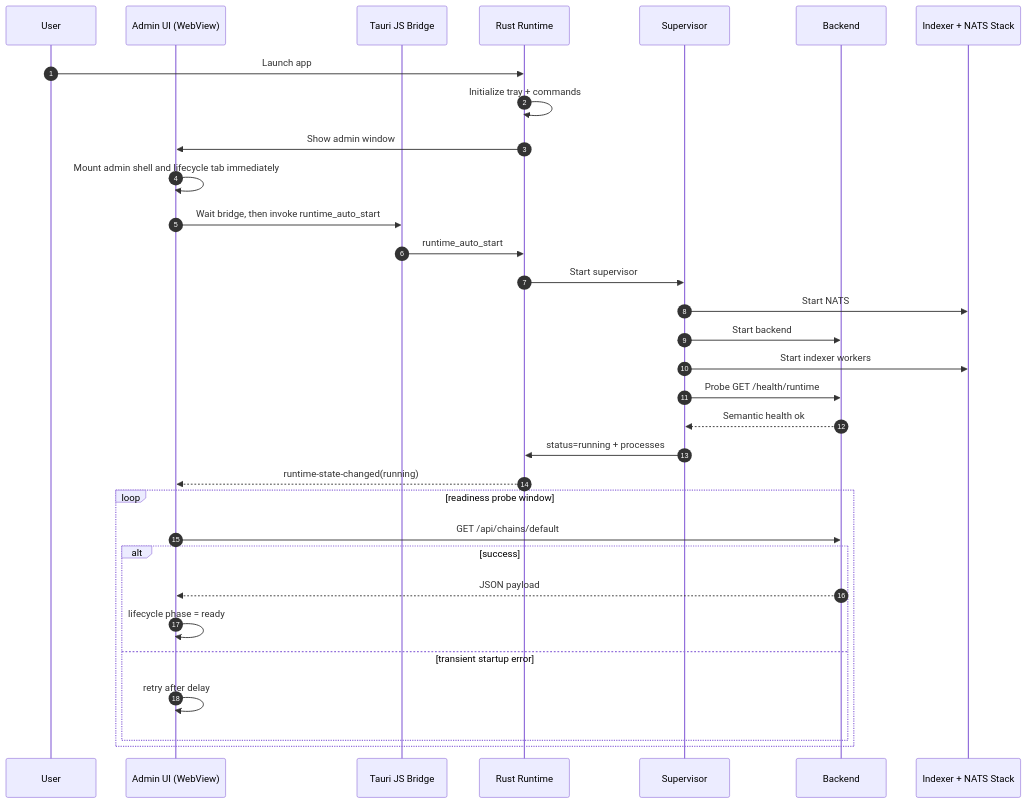
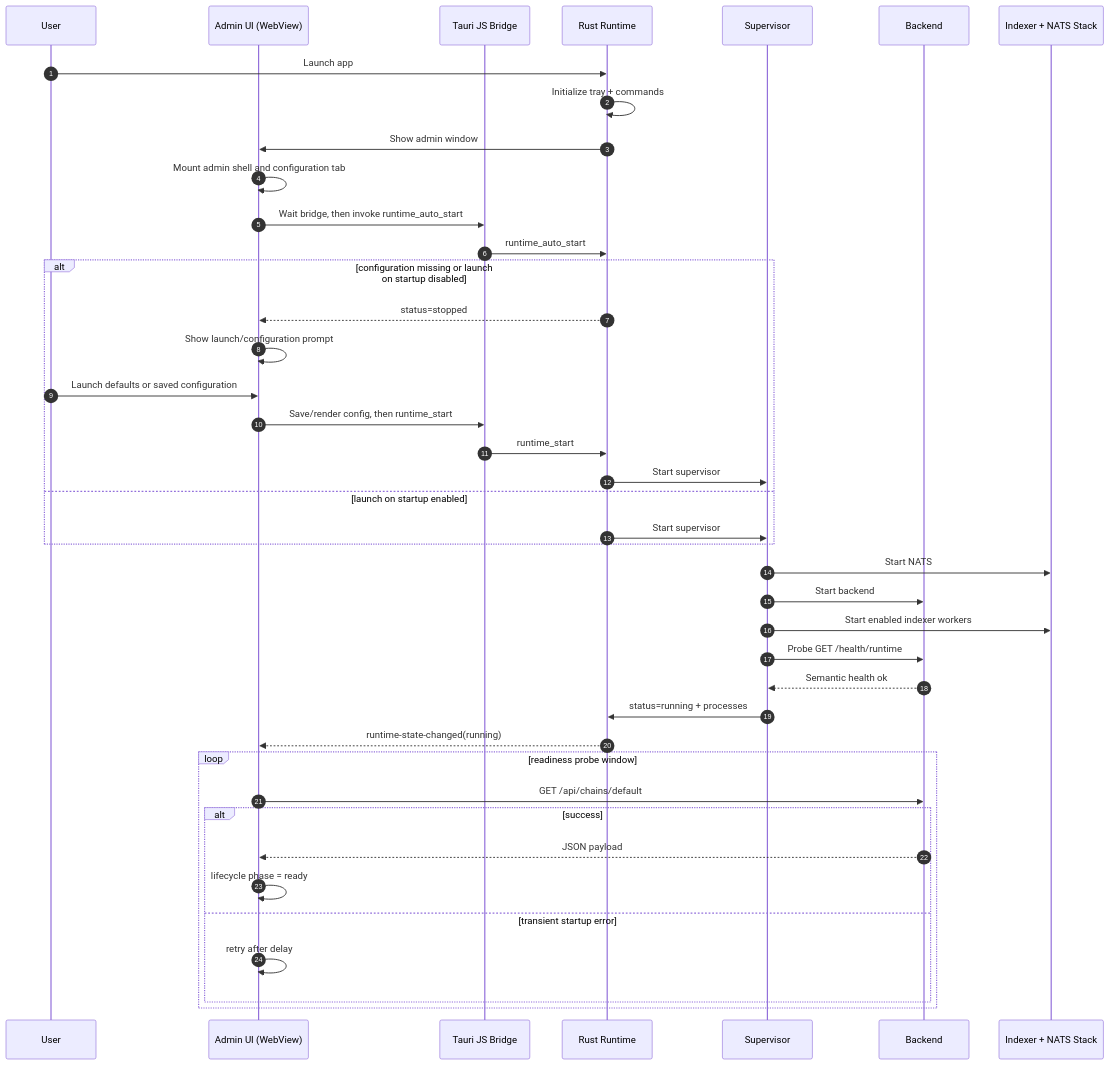
One commit to d347h-eth/artgod changed the diagram in docs/diagrams/01-desktop-startup-happy-path.md. Above: the diagram before and after it, drawn with Mermaid. The commit also changed 3 other files, not shown here.

Commit message:
Document admin-managed desktop configuration

````diff
--- a/docs/diagrams/01-desktop-startup-happy-path.md
+++ b/docs/diagrams/01-desktop-startup-happy-path.md
@@ -5,38 +5,47 @@
 ```mermaid
 sequenceDiagram
     autonumber
     participant U as User
     participant A as Admin UI (WebView)
     participant T as Tauri JS Bridge
     participant R as Rust Runtime
     participant S as Supervisor
     participant B as Backend
     participant W as Indexer + NATS Stack
 
     U->>R: Launch app
     R->>R: Initialize tray + commands
     R->>A: Show admin window
-    A->>A: Mount admin shell and lifecycle tab immediately
+    A->>A: Mount admin shell and configuration tab
 
     A->>T: Wait bridge, then invoke runtime_auto_start
     T->>R: runtime_auto_start
-    R->>S: Start supervisor
+    alt configuration missing or launch on startup disabled
+        R-->>A: status=stopped
+        A->>A: Show launch/configuration prompt
+        U->>A: Launch defaults or saved configuration
+        A->>T: Save/render config, then runtime_start
+        T->>R: runtime_start
+        R->>S: Start supervisor
+    else launch on startup enabled
+        R->>S: Start supervisor
+    end
 
     S->>W: Start NATS
     S->>B: Start backend
-    S->>W: Start indexer workers
+    S->>W: Start enabled indexer workers
     S->>B: Probe GET /health/runtime
     B-->>S: Semantic health ok
     S->>R: status=running + processes
     R-->>A: runtime-state-changed(running)
 
     loop readiness probe window
         A->>B: GET /api/chains/default
         alt success
             B-->>A: JSON payload
             A->>A: lifecycle phase = ready
         else transient startup error
             A->>A: retry after delay
         end
     end
 ```
````
